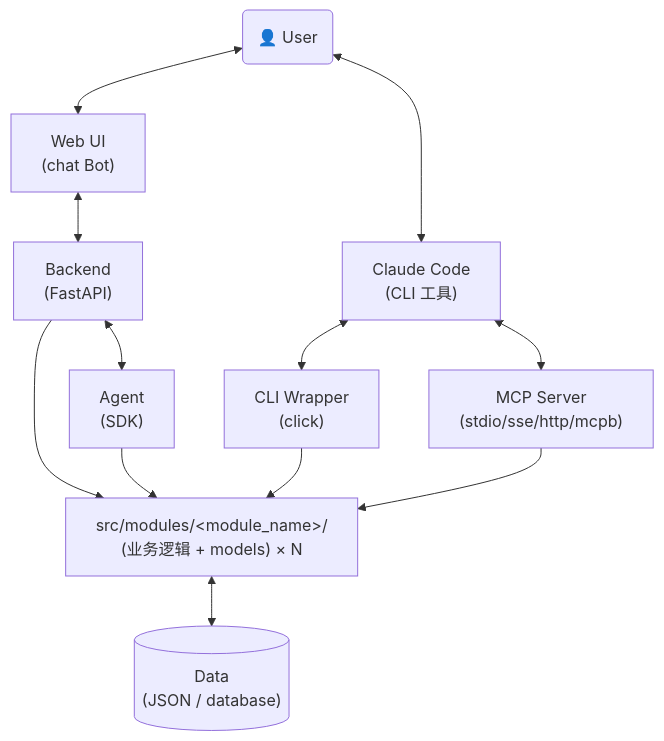
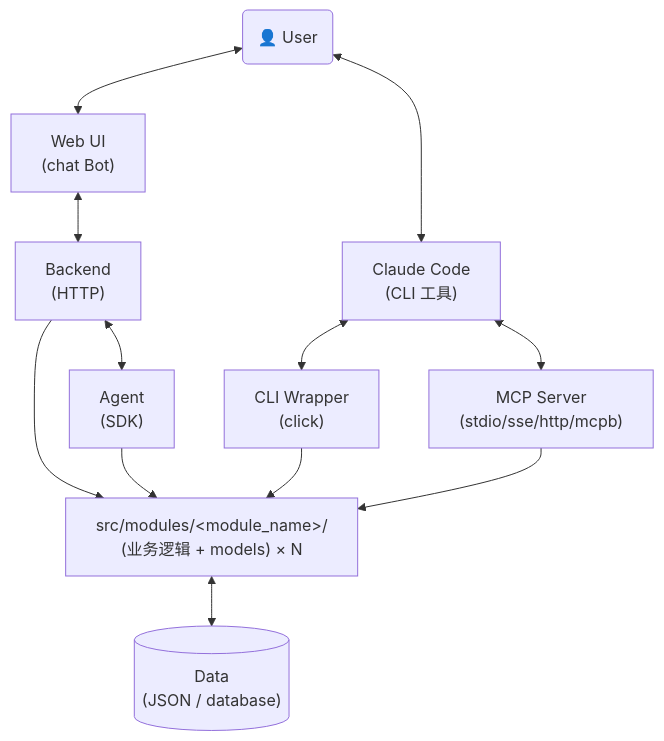
The first of 2 diagrams in system-prompt/agent-factory/design-reference.md (JoeyAssistant/skill-repo), drawn with Mermaid before and after one commit. The commit also changed other lines of this file and 4 other files, not shown here.

````diff
--- a/system-prompt/agent-factory/design-reference.md
+++ b/system-prompt/agent-factory/design-reference.md
@@ -52,24 +65,24 @@
 ```mermaid
 graph TD
     User("👤 User")
     WebUI["Web UI<br/>(chat Bot)"]
     Claude["Claude Code<br/>(CLI 工具)"]
-    Backend["Backend<br/>(FastAPI)"]
+    Backend["Backend<br/>(HTTP)"]
     Agent["Agent<br/>(SDK)"]
     McpServer["MCP Server<br/>(stdio/sse/http/mcpb)"]
     CLI["CLI Wrapper<br/>(click)"]
     SrcModules["src/modules/&lt;module_name&gt;/<br/>(业务逻辑 + models) × N"]
     Data[("Data<br/>(JSON / database)")]
 
     User <--> WebUI
     User <--> Claude
     WebUI <--> Backend
     Backend <--> Agent
     Backend --> SrcModules
     Agent --> SrcModules
     Claude <--> CLI
     CLI --> SrcModules
     Claude <--> McpServer
     McpServer --> SrcModules
     SrcModules <--> Data
 ```
````
